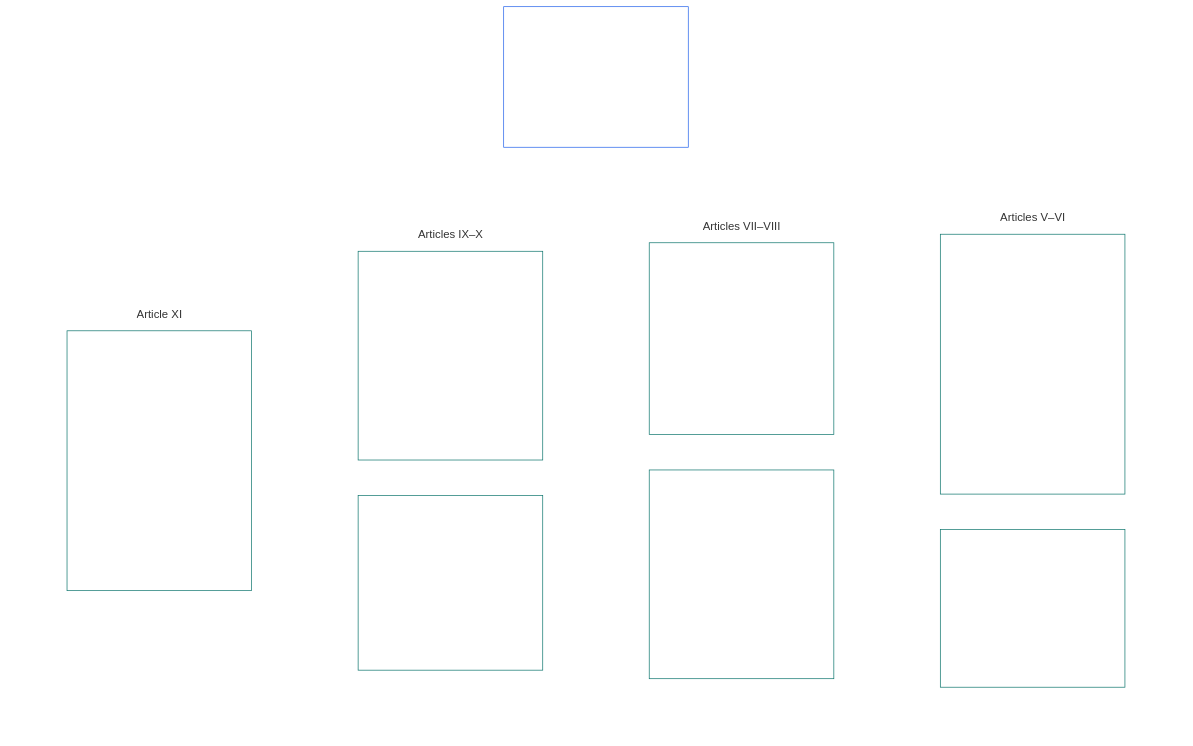
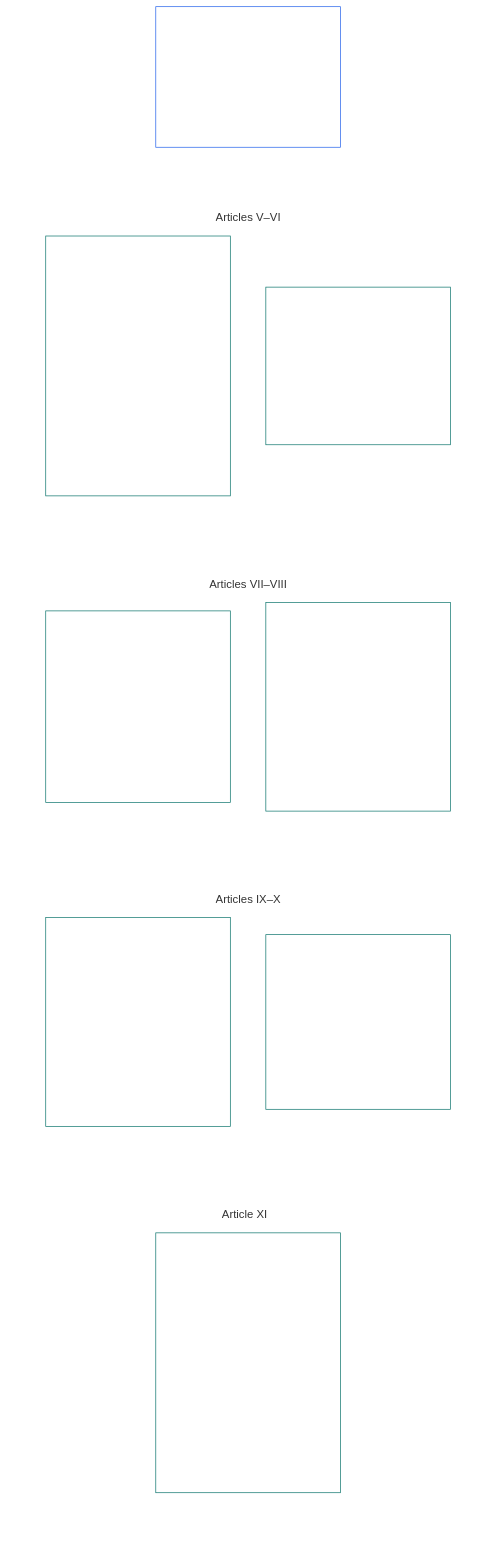
The diagram in core_06_rights_part_b.md (kfoelsch/Sentient_Constitution), drawn with Mermaid before and after one commit. The commit also changed other lines of this file and 44 other files, not shown here.

````diff
--- a/core_06_rights_part_b.md
+++ b/core_06_rights_part_b.md
@@ -66,40 +65,42 @@
 ```mermaid
 flowchart TB
     B0["Part B<br/><br/>Personhood, education capability, agency,<br/>cooperation, and stakeholder system participation"]
     subgraph Bgrid[" "]
         direction TB
         subgraph Brow1["Articles V–VI"]
-            direction LR
             B1["Article V · Equal Basic Rights<br/><br/>• Dignity and equal standing<br/>• Nondiscrimination<br/>• Inclusion in adjudication and operations<br/>• Conscience and worldview<br/>• Sentience-status adjudication<br/>• Developing sentients<br/>• Accessibility<br/>• Expression, assembly, and press"]
             B2["Article VI · Right to Sentient-Centered Education<br/><br/>• Capability-building education<br/>• Lifelong adaptive learning<br/>• Contestability"]
         end
         subgraph Brow2["Articles VII–VIII"]
-            direction LR
             B3["Article VII · Self-Ownership<br/><br/>• Body and mind<br/>• Internal-state boundary<br/>• Mental-health crisis and intervention<br/>• Family, care, and reproduction<br/>• Voluntary discontinuation of one's own existence"]
             B4["Article VIII · Likeness, Experiential Data, and Publication Rights<br/><br/>• Likeness and reputation<br/>• Experiential and derived data<br/>• Truthful and high-impact publication<br/>• Creative work and training data"]
         end
         subgraph Brow3["Articles IX–X"]
-            direction LR
             B5["Article IX · Self-Determination and Agency<br/><br/>• Freedom from manipulation<br/>• Stakeholder role and participation<br/>• Governance participation and voting<br/>• Inclusion and exclusion challenges"]
             B6["Article X · Cooperative Interaction<br/><br/>• Non-imposition and consent<br/>• Collective harm boundary<br/>• Commercial sexual services and sexual exploitation"]
         end
         subgraph Brow4["Article XI"]
-            direction LR
             B7["Article XI · Stakeholder System Participation, Representation, and Due Process<br/><br/>• Participation and representation<br/>• Weighted participation constraints<br/>• Legitimacy and anti-token safeguards<br/>• Internal roles and due process<br/>• Non-capture safeguards"]
         end
     end
-    B0 ~~~ Bgrid
+    %% Invisible links force a two-wide grid: each link puts its target one level down.
+    B0 ~~~ B1 & B2
+    B1 ~~~ B3
+    B2 ~~~ B4
+    B3 ~~~ B5
+    B4 ~~~ B6
+    B5 & B6 ~~~ B7
     style Bgrid fill:none,stroke:none
     style Brow1 fill:none,stroke:none
     style Brow2 fill:none,stroke:none
     style Brow3 fill:none,stroke:none
     style Brow4 fill:none,stroke:none
     style B0 fill:none,stroke:#2563eb,color:#ffffff
     style B1 fill:none,stroke:#0f766e,color:#ffffff
     style B2 fill:none,stroke:#0f766e,color:#ffffff
     style B3 fill:none,stroke:#0f766e,color:#ffffff
     style B4 fill:none,stroke:#0f766e,color:#ffffff
     style B5 fill:none,stroke:#0f766e,color:#ffffff
     style B6 fill:none,stroke:#0f766e,color:#ffffff
     style B7 fill:none,stroke:#0f766e,color:#ffffff
 ```
````
